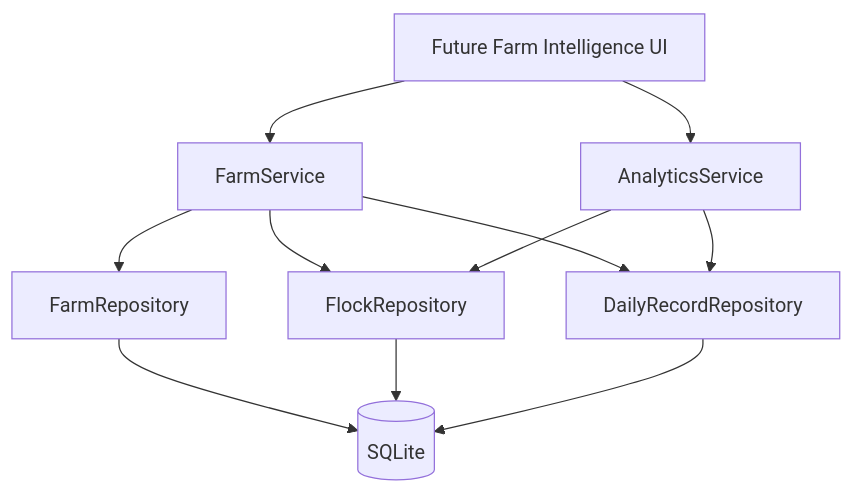
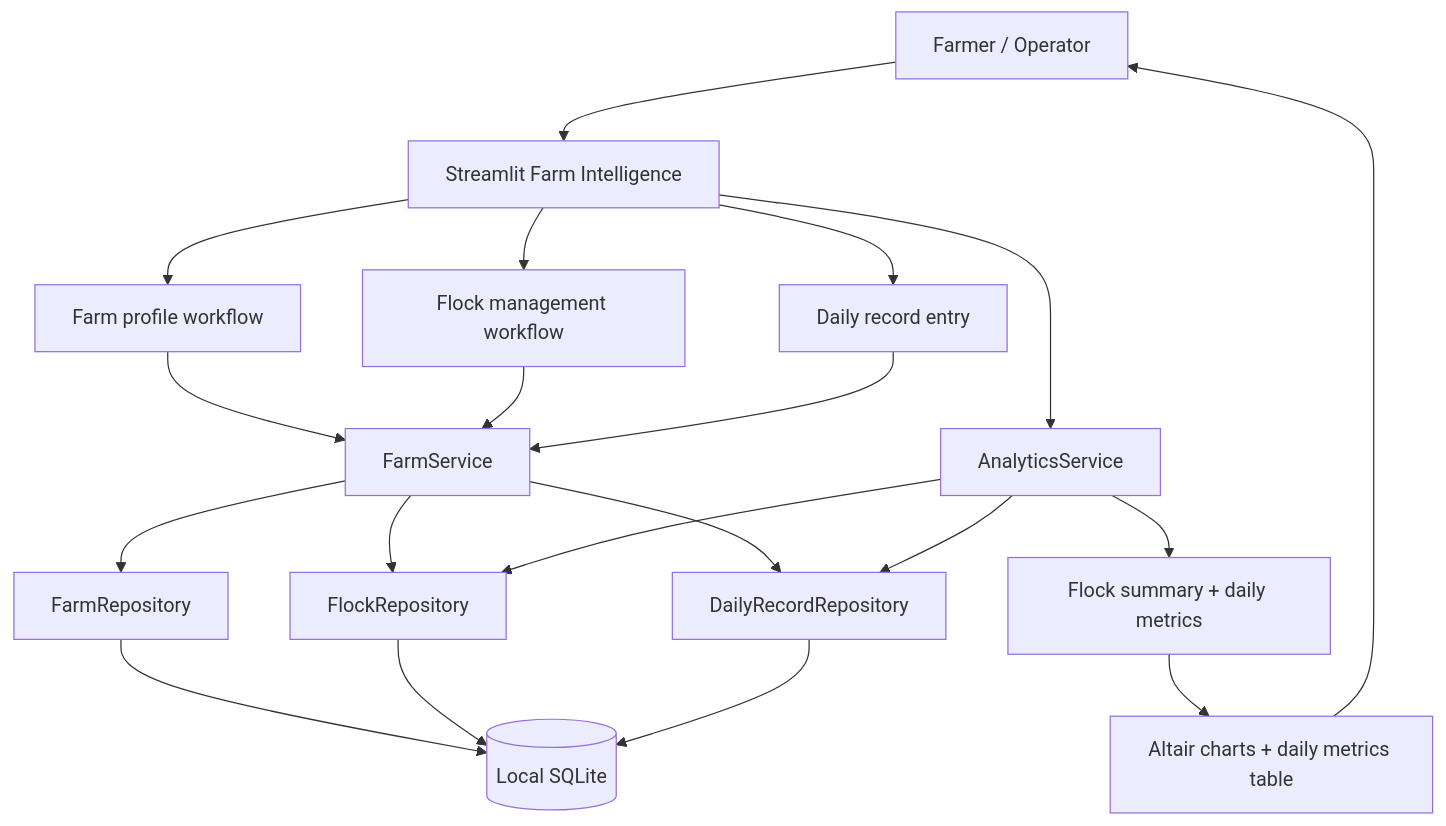
The third of 3 diagrams in docs/architecture/data_flow.md (zulyadainimuhammad/poultryguard-ai), drawn with Mermaid before and after one commit. The commit also changed other lines of this file, not shown here.

Commit message:
docs: update data flows for Farm Intelligence MVP

````diff
--- a/docs/architecture/data_flow.md
+++ b/docs/architecture/data_flow.md
@@ -54,13 +54,22 @@
 ```mermaid
 flowchart TD
-    UI[Future Farm Intelligence UI] --> FS[FarmService]
+    USER[Farmer / Operator] --> UI[Streamlit Farm Intelligence]
+    UI --> FUI[Farm profile workflow]
+    UI --> FLUI[Flock management workflow]
+    UI --> DRI[Daily record entry]
+    FUI --> FS[FarmService]
+    FLUI --> FS
+    DRI --> FS
     UI --> AS[AnalyticsService]
     FS --> FR[FarmRepository]
     FS --> FL[FlockRepository]
     FS --> DR[DailyRecordRepository]
     AS --> FL
     AS --> DR
-    FR --> DB[(SQLite)]
+    FR --> DB[(Local SQLite)]
     FL --> DB
     DR --> DB
+    AS --> SUMMARY[Flock summary + daily metrics]
+    SUMMARY --> CHARTS[Altair charts + daily metrics table]
+    CHARTS --> USER
 ```
````
